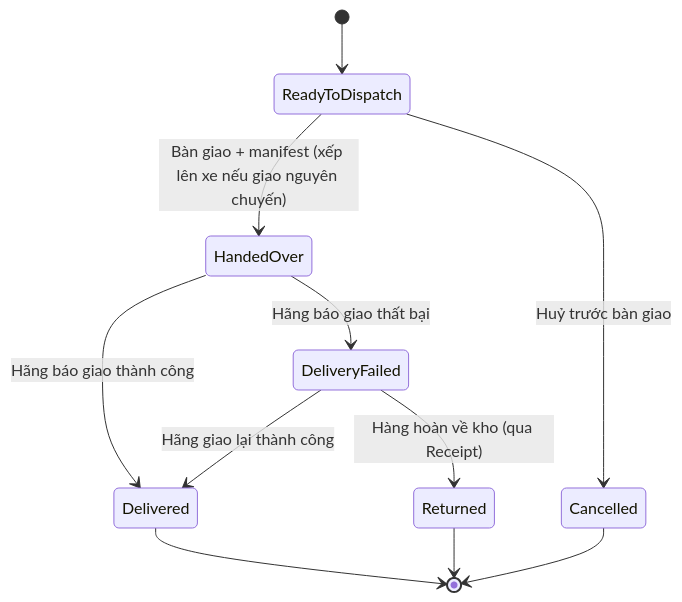
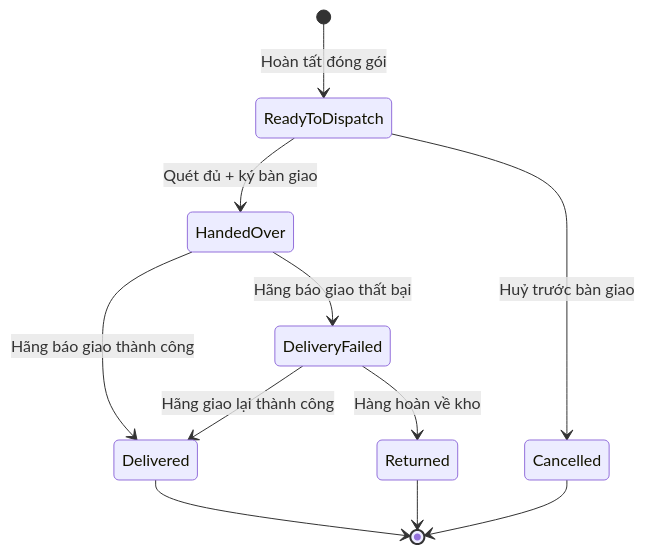
One commit to KLTN-FA26/docs changed the first of 3 diagrams in docs/warehouse/09-shipping/README.md. Above: the diagram before and after it, drawn with Mermaid. The commit also changed other lines of this file and 10 other files, not shown here.

````diff
--- a/docs/warehouse/09-shipping/README.md
+++ b/docs/warehouse/09-shipping/README.md
@@ -151,13 +226,13 @@
 ```mermaid
 stateDiagram-v2
-    [*] --> ReadyToDispatch
-    ReadyToDispatch --> HandedOver: Bàn giao + manifest (xếp lên xe nếu giao nguyên chuyến)
+    [*] --> ReadyToDispatch: Hoàn tất đóng gói
+    ReadyToDispatch --> HandedOver: Quét đủ + ký bàn giao
     ReadyToDispatch --> Cancelled: Huỷ trước bàn giao
     HandedOver --> Delivered: Hãng báo giao thành công
     HandedOver --> DeliveryFailed: Hãng báo giao thất bại
     DeliveryFailed --> Delivered: Hãng giao lại thành công
-    DeliveryFailed --> Returned: Hàng hoàn về kho (qua Receipt)
+    DeliveryFailed --> Returned: Hàng hoàn về kho
     Delivered --> [*]
     Returned --> [*]
     Cancelled --> [*]
 ```
````
